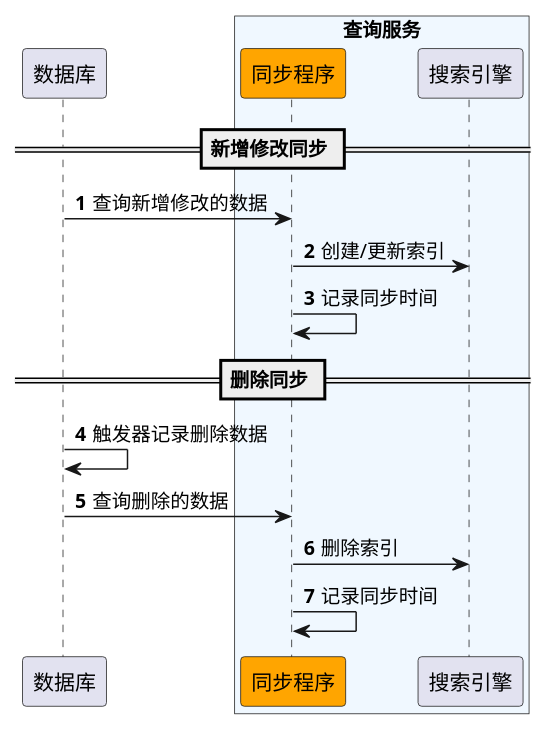
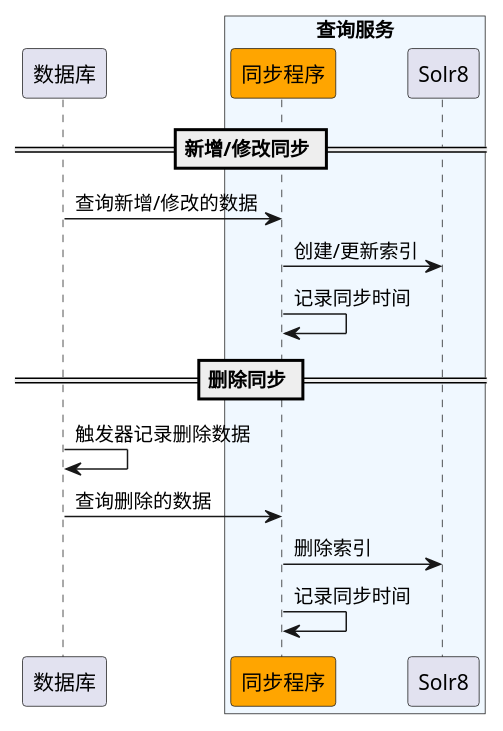
The diagram in common/src/main/resources/uml/时序图/数据增量同步时序图.puml (mvphjx/MyJavaGuide), drawn with PlantUML before and after one commit. The commit also changed 4 other files, not shown here.

Commit message:
流程图完善

```diff
--- a/common/src/main/resources/uml/时序图/数据增量同步时序图.puml
+++ b/common/src/main/resources/uml/时序图/数据增量同步时序图.puml
@@ -1,18 +1,18 @@
 @startuml
 'https://plantuml.com/sequence-diagram
-autonumber
+participant "数据库" as db
 participant "数据库" as db
 box "查询服务" #AliceBlue
 participant "同步程序" as service #orange
-participant "搜索引擎" as search
+participant "Solr8" as search
 end box
-== 新增修改同步 ==
-db -> service :查询新增修改的数据
+== 新增/修改同步 ==
+db -> service :查询新增/修改的数据
 service -> search :创建/更新索引
 service -> service:记录同步时间
 == 删除同步 ==
 db -> db :触发器记录删除数据
 db -> service :查询删除的数据
 service -> search :删除索引
 service -> service:记录同步时间
 @enduml
```
